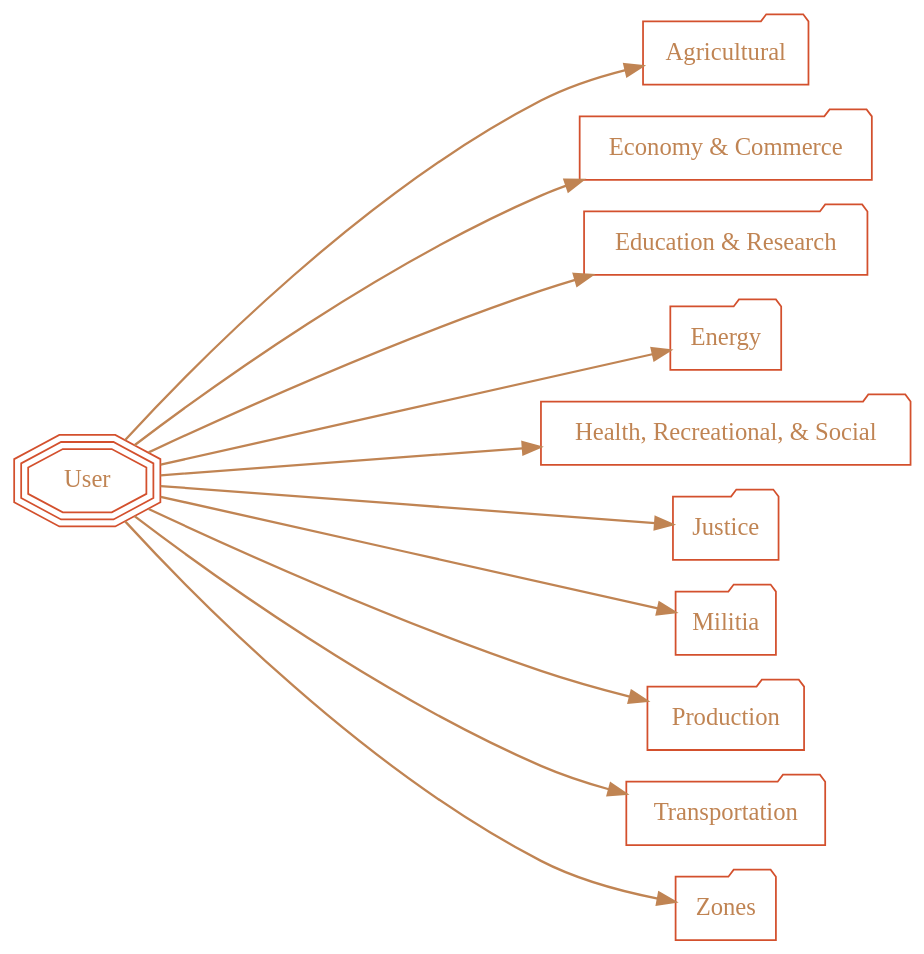
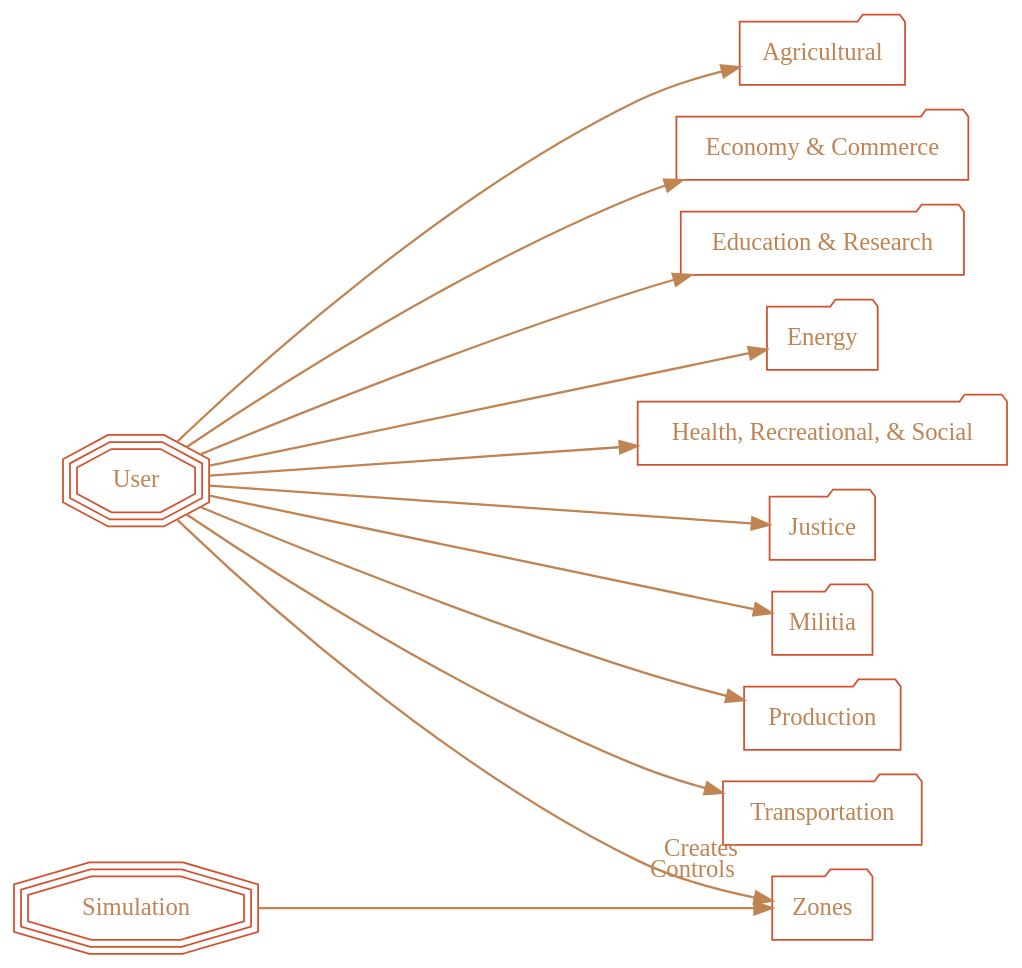
One commit to cartesiantheatre/handbook changed the diagram in Handbook/Game_Mechanics/Graphviz/Units_User_Basic_All.twopi.gv. Above: the diagram before and after it, drawn with Graphviz. The commit also changed 16 other files, not shown here.

```diff
--- a/Handbook/Game_Mechanics/Graphviz/Units_User_Basic_All.twopi.gv
+++ b/Handbook/Game_Mechanics/Graphviz/Units_User_Basic_All.twopi.gv
@@ -1,51 +1,57 @@
 /*
   This is part of the Avaneya Project Crew Handbook.
   Copyright (C) 2010, 2011, 2012
     Cartesian Theatre.
   See the file License for copying conditions.
   
   To manually compile:
       $ sudo aptitude install graphviz
       $ twopi -Tpdf Units_User_Basic_All.twopi.gv -o Units_User_Basic_All.pdf
 */
 
 // High level categories for all of the user's basic units graph...
 digraph Units_User_Basic_All
 {
     // Graph attributes...
 	bgcolor="transparent";
 	margin="0";
 	rankdir="LR";
 	ratio="auto";
     ranksep="3";
     pad="0.5,0.5";
     compound="true";
     overlap="vpsc";
     root="User";
 
 	// Node attributes...
 	node[color="#d3502dff"];
 	node[fillcolor="gray10"];
     node[fontcolor="#c08453ff"];
     node[fontname="Ubuntu"];
     node[shape="folder"]
 	
 	// Edge attributes...
 	edge[color="#c08453ff"];
 	edge[penwidth="1.3"];
+	edge[fontcolor="#c08453ff"];
+	edge[fontname="Ubuntu"];
+	edge[labeldistance="5.0"];
 
     // User root node...
     "User"[shape=tripleoctagon];
+    
+    "Simulation"[shape=tripleoctagon];
     
     // Link all categories to user...
     "User" -> "Agricultural";
     "User" -> "Economy & Commerce";
     "User" -> "Education & Research";
     "User" -> "Energy";
     "User" -> "Health, Recreational, & Social";
     "User" -> "Justice";
     "User" -> "Militia";
     "User" -> "Production";
     "User" -> "Transportation";
-    "User" -> "Zones";
+    "User" -> "Zones"[headlabel="Creates"];
+    "Simulation" -> "Zones"[headlabel="Controls"];
 }
```
